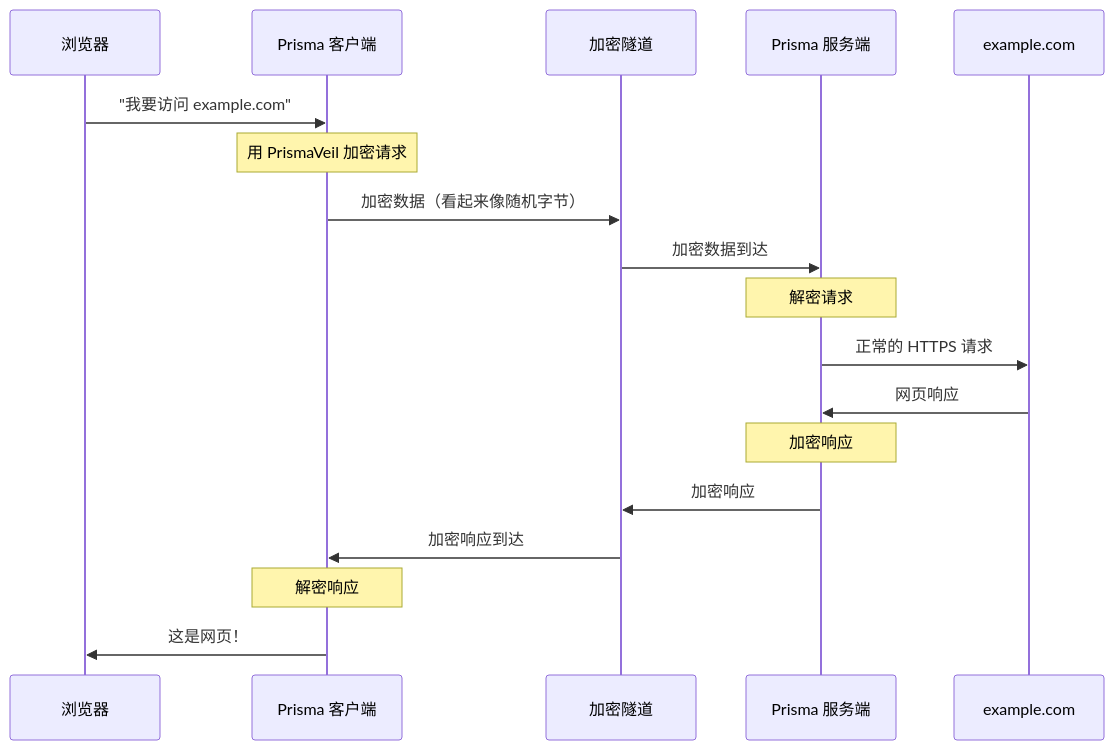
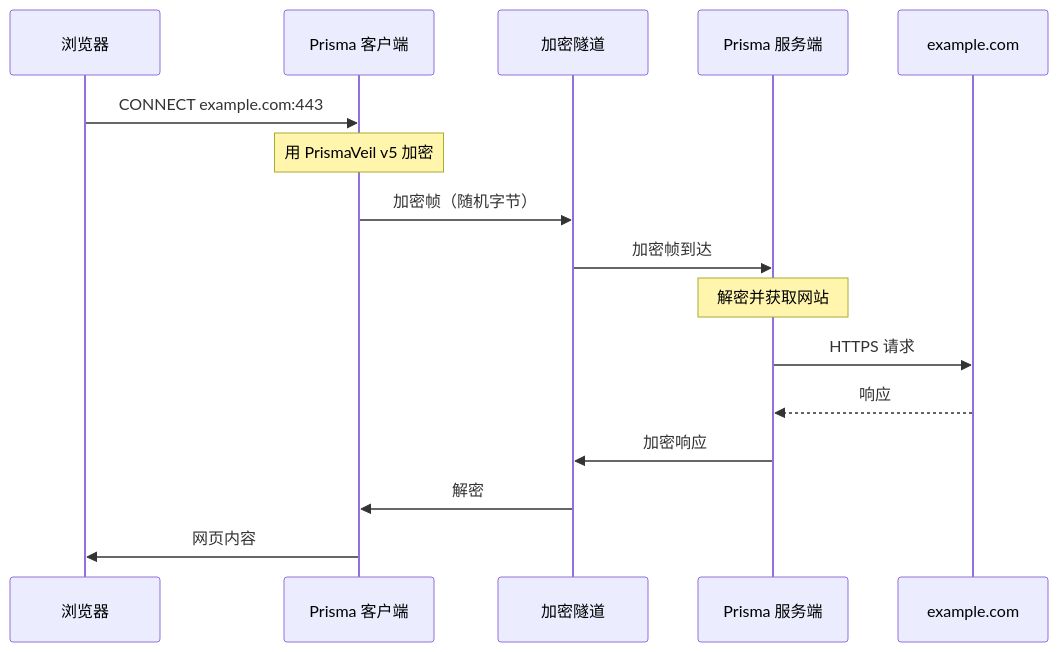
Before and after one commit to prisma-proxy/prisma: the second of 7 diagrams in prisma-docs/i18n/zh-Hans/docusaurus-plugin-content-docs-guide/current/how-prisma-works.md, drawn with Mermaid. The commit also changed other lines of this file and 37 other files, not shown here.

First line of the commit message:
docs: rewrite guide with 30+ Mermaid diagrams, fix multi-instance config

````diff
--- a/prisma-docs/i18n/zh-Hans/docusaurus-plugin-content-docs-guide/current/how-prisma-works.md
+++ b/prisma-docs/i18n/zh-Hans/docusaurus-plugin-content-docs-guide/current/how-prisma-works.md
@@ -32,21 +25,19 @@
 ```mermaid
 sequenceDiagram
     participant Browser as 浏览器
-    participant PrismaClient as Prisma 客户端
+    participant Client as Prisma 客户端
     participant Tunnel as 加密隧道
-    participant PrismaServer as Prisma 服务端
+    participant Server as Prisma 服务端
     participant Website as example.com
 
-    Browser->>PrismaClient: "我要访问 example.com"
-    Note over PrismaClient: 用 PrismaVeil 加密请求
-    PrismaClient->>Tunnel: 加密数据（看起来像随机字节）
-    Tunnel->>PrismaServer: 加密数据到达
-    Note over PrismaServer: 解密请求
-    PrismaServer->>Website: 正常的 HTTPS 请求
-    Website->>PrismaServer: 网页响应
-    Note over PrismaServer: 加密响应
-    PrismaServer->>Tunnel: 加密响应
-    Tunnel->>PrismaClient: 加密响应到达
-    Note over PrismaClient: 解密响应
-    PrismaClient->>Browser: 这是网页！
+    Browser->>Client: CONNECT example.com:443
+    Note over Client: 用 PrismaVeil v5 加密
+    Client->>Tunnel: 加密帧（随机字节）
+    Tunnel->>Server: 加密帧到达
+    Note over Server: 解密并获取网站
+    Server->>Website: HTTPS 请求
+    Website-->>Server: 响应
+    Server->>Tunnel: 加密响应
+    Tunnel->>Client: 解密
+    Client->>Browser: 网页内容
 ```
````
